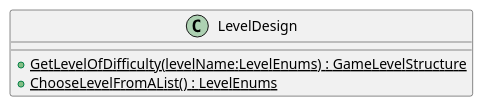
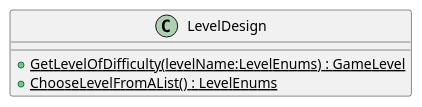
Before and after one commit to 19vano97/levelUpOOP: the diagram in plantuml/Galaga/LevelDesign.puml, drawn with PlantUML. The commit also changed 30 other files, not shown here.

Commit message:
fix galaga to fraw a class diagram

```diff
--- a/plantuml/Galaga/LevelDesign.puml
+++ b/plantuml/Galaga/LevelDesign.puml
@@ -1,6 +1,6 @@
 @startuml
 class LevelDesign {
-    + {static} GetLevelOfDifficulty(levelName:LevelEnums) : GameLevelStructure
+    + {static} GetLevelOfDifficulty(levelName:LevelEnums) : GameLevel
     + {static} ChooseLevelFromAList() : LevelEnums
 }
 @enduml
```
